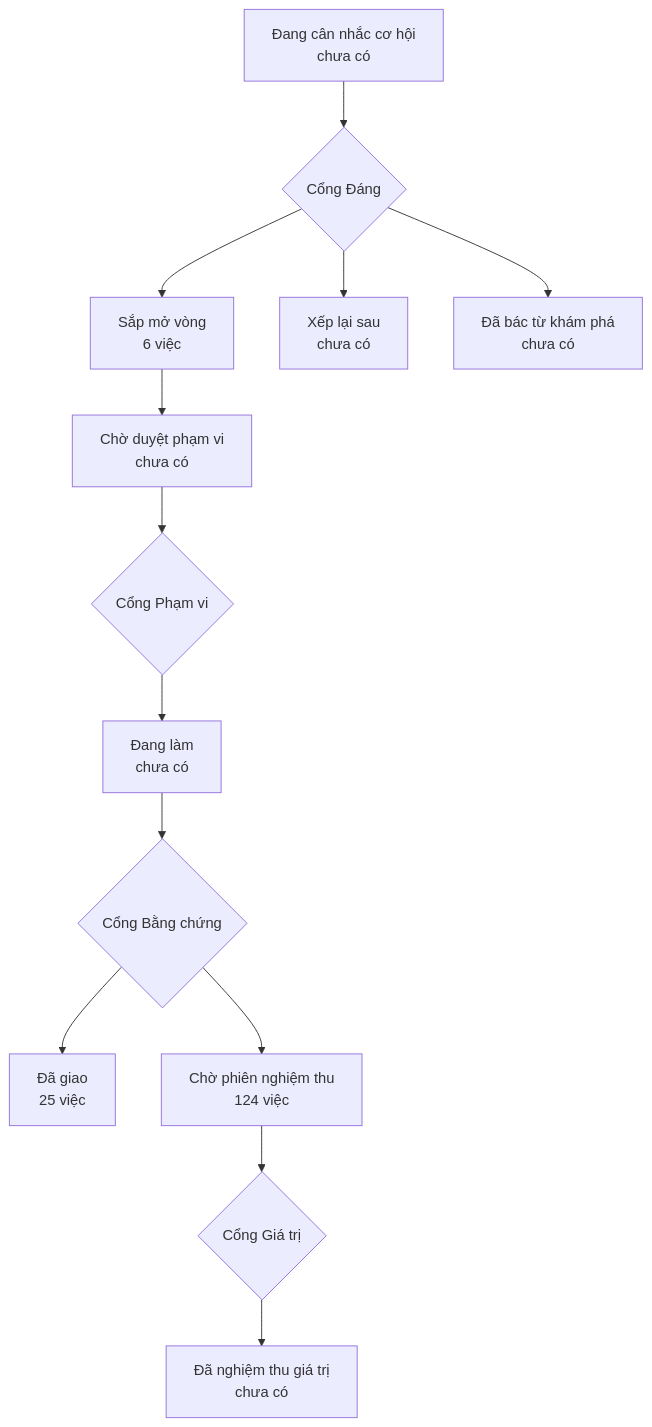
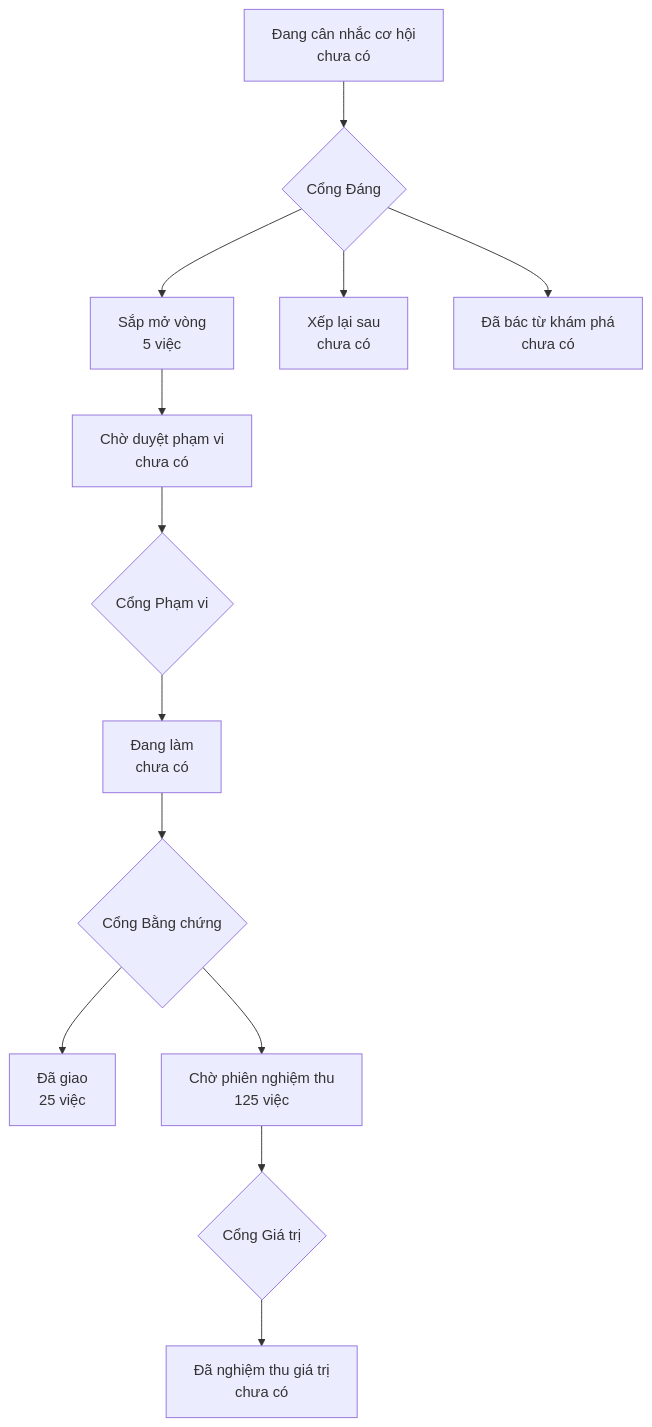
The diagram in PRODUCT-MAP.md (phanlemanh/onehub-quy-hang), drawn with Mermaid before and after one commit. The commit also changed 1 other file, not shown here.

Commit message:
chore: vẽ lại bản đồ sau khi gộp nhánh chính (#206)

````diff
--- a/PRODUCT-MAP.md
+++ b/PRODUCT-MAP.md
@@ -7,12 +7,12 @@
 ```mermaid
 flowchart TD
   A["Đang cân nhắc cơ hội<br/>chưa có"] --> GD{"Cổng Đáng"}
-  GD --> B["Sắp mở vòng<br/>6 việc"]
+  GD --> B["Sắp mở vòng<br/>5 việc"]
   GD --> XL["Xếp lại sau<br/>chưa có"]
   GD --> DB["Đã bác từ khám phá<br/>chưa có"]
   B --> CD["Chờ duyệt phạm vi<br/>chưa có"] --> GP{"Cổng Phạm vi"}
   GP --> DL["Đang làm<br/>chưa có"] --> GB{"Cổng Bằng chứng"}
   GB --> DG["Đã giao<br/>25 việc"]
-  GB --> CN["Chờ phiên nghiệm thu<br/>124 việc"] --> GG{"Cổng Giá trị"}
+  GB --> CN["Chờ phiên nghiệm thu<br/>125 việc"] --> GG{"Cổng Giá trị"}
   GG --> NT["Đã nghiệm thu giá trị<br/>chưa có"]
 ```
````
